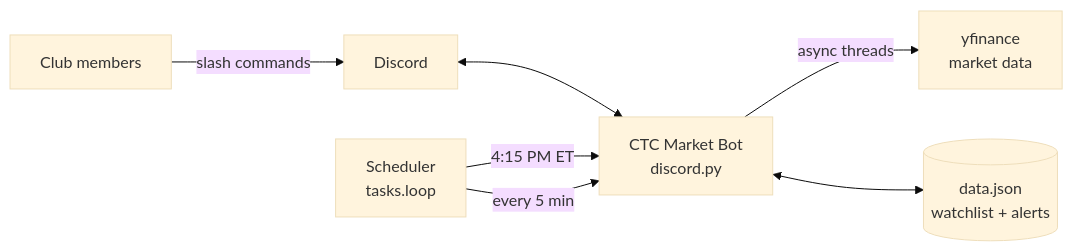
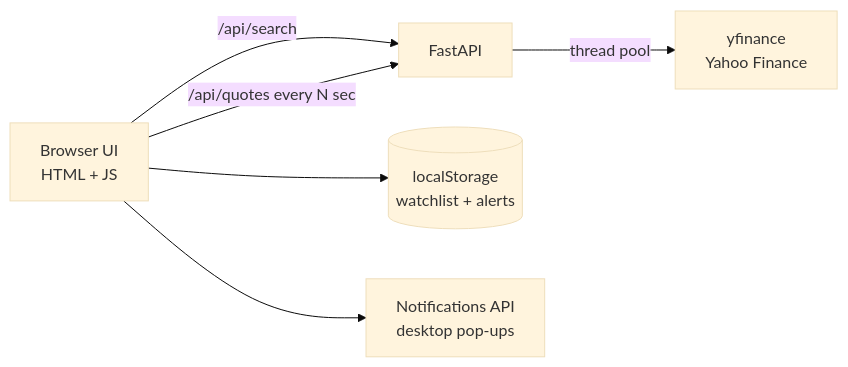
Before and after one commit to MananMaini/stock-pulse: the diagram in README.md, drawn with Mermaid (base theme). The commit also changed other lines of this file and 7 other files, not shown here.

First line of the commit message:
Rebuild as StockPulse: live stock watchlist web app with per-stock pop-up alerts

````diff
--- a/README.md
+++ b/README.md
@@ -55,9 +47,8 @@
 ```mermaid
 flowchart LR
-    U[Club members] -->|slash commands| D[Discord]
-    D <--> B[CTC Market Bot<br/>discord.py]
-    B -->|async threads| Y[yfinance<br/>market data]
-    B <--> J[(data.json<br/>watchlist + alerts)]
-    S[Scheduler<br/>tasks.loop] -->|4:15 PM ET| B
-    S -->|every 5 min| B
+    UI[Browser UI<br/>HTML + JS] -->|/api/search| API[FastAPI]
+    UI -->|/api/quotes every N sec| API
+    API -->|thread pool| YF[yfinance<br/>Yahoo Finance]
+    UI --> LS[(localStorage<br/>watchlist + alerts)]
+    UI --> N[Notifications API<br/>desktop pop-ups]
 ```
````
